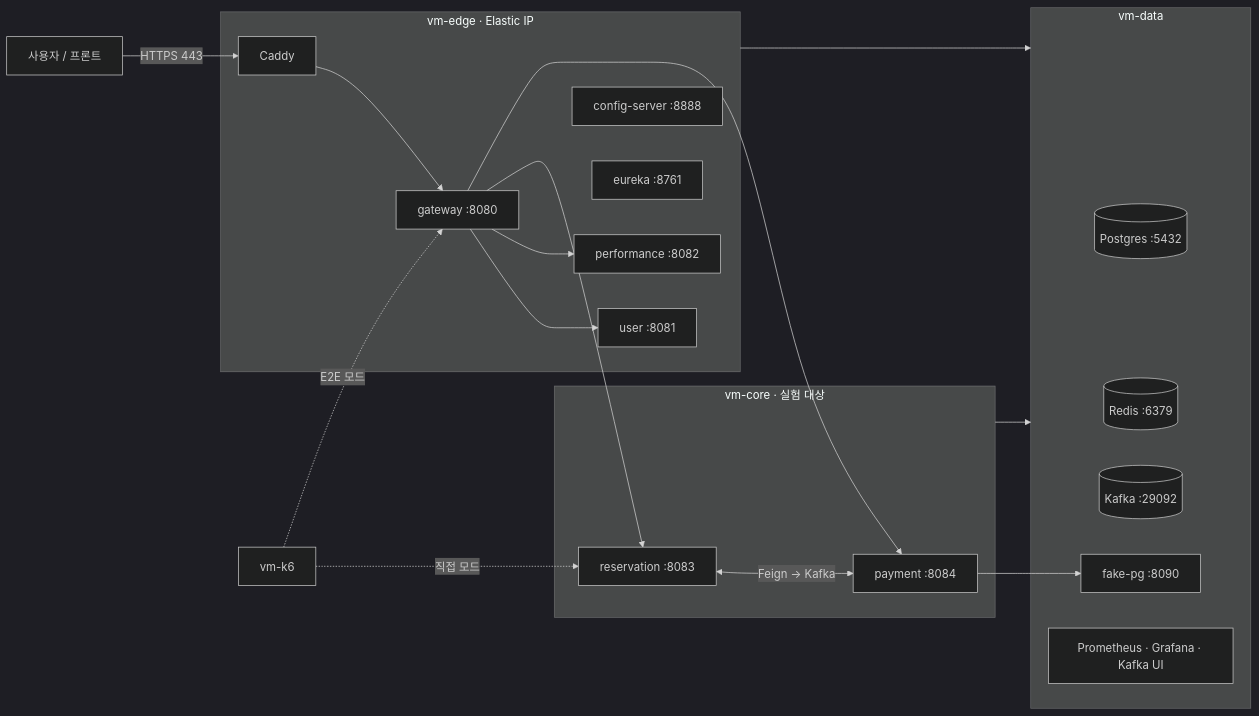
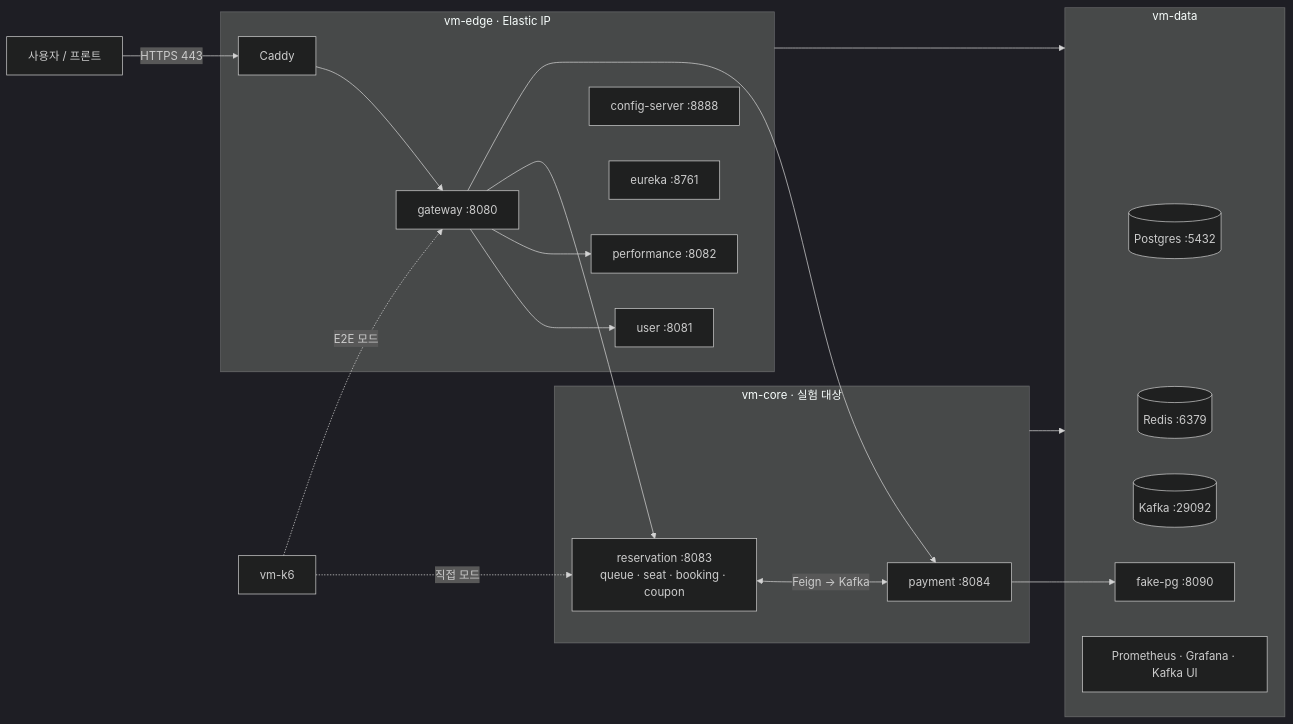
One commit to Good-Ticket-Service/ticket changed the first of 3 diagrams in docs/project/infra.md. Above: the diagram before and after it, drawn with Mermaid (dark theme). The commit also changed other lines of this file and 4 other files, not shown here.

````diff
--- a/docs/project/infra.md
+++ b/docs/project/infra.md
@@ -47,35 +47,35 @@
 ```mermaid
 flowchart LR
     U[사용자 / 프론트] -->|HTTPS 443| CADDY
 
     subgraph EDGE[vm-edge · Elastic IP]
         CADDY[Caddy] --> GW[gateway :8080]
         GW --> US[user :8081]
         GW --> EV[performance :8082]
         CFG[config-server :8888]
         EU[eureka :8761]
     end
 
     subgraph CORE[vm-core · 실험 대상]
-        RS[reservation :8083]
+        RS["reservation :8083<br/>queue · seat · booking · coupon"]
         PS[payment :8084]
     end
 
     subgraph DATA[vm-data]
         PG[(Postgres :5432)]
         RD[(Redis :6379)]
         KF[(Kafka :29092)]
         FPG[fake-pg :8090]
         MON[Prometheus · Grafana · Kafka UI]
     end
 
     GW --> RS
     GW --> PS
     RS <-->|Feign → Kafka| PS
     PS --> FPG
     EDGE --> DATA
     CORE --> DATA
 
     K6[vm-k6] -.E2E 모드.-> GW
     K6 -.직접 모드.-> RS
 ```
````
